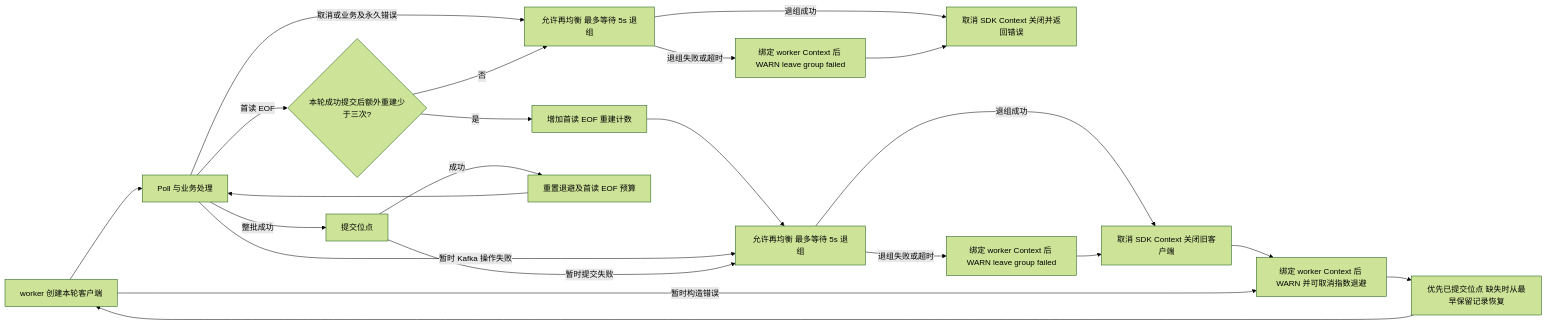
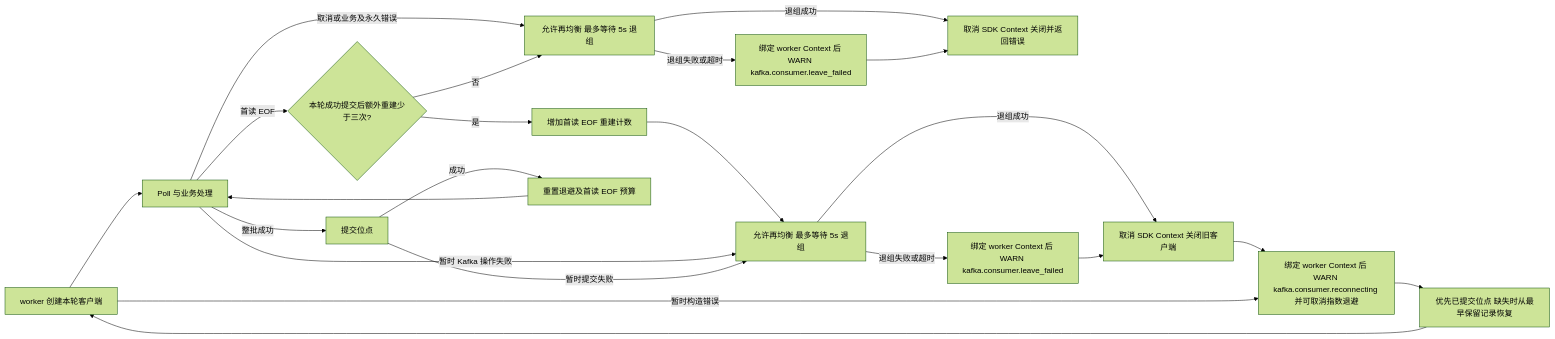
The fifth of 6 diagrams in pkg/kafka/README.md (jaggerzhuang1994/kratos-foundation), drawn with Mermaid (forest theme) before and after one commit. The commit also changed other lines of this file and 204 other files, not shown here.

````diff
--- a/pkg/kafka/README.md
+++ b/pkg/kafka/README.md
@@ -293,24 +299,24 @@
 ```mermaid
 flowchart LR
     A[worker 创建本轮客户端] --> B[Poll 与业务处理]
     B -- 整批成功 --> C[提交位点]
     B -- 取消或业务及永久错误 --> D[允许再均衡 最多等待 5s 退组]
-    D -- 退组失败或超时 --> H[绑定 worker Context 后 WARN leave group failed]
+    D -- 退组失败或超时 --> H[绑定 worker Context 后 WARN kafka.consumer.leave_failed]
     D -- 退组成功 --> I[取消 SDK Context 关闭并返回错误]
     H --> I
     B -- 首读 EOF --> V{本轮成功提交后额外重建少于三次?}
     V -- 是 --> W[增加首读 EOF 重建计数]
     W --> E
     V -- 否 --> D
     C -- 成功 --> X[重置退避及首读 EOF 预算]
     X --> B
     B -- 暂时 Kafka 操作失败 --> E[允许再均衡 最多等待 5s 退组]
     C -- 暂时提交失败 --> E
-    E -- 退组失败或超时 --> J[绑定 worker Context 后 WARN leave group failed]
+    E -- 退组失败或超时 --> J[绑定 worker Context 后 WARN kafka.consumer.leave_failed]
     E -- 退组成功 --> K[取消 SDK Context 关闭旧客户端]
     J --> K
-    K --> F[绑定 worker Context 后 WARN 并可取消指数退避]
+    K --> F[绑定 worker Context 后 WARN kafka.consumer.reconnecting 并可取消指数退避]
     F --> G[优先已提交位点 缺失时从最早保留记录恢复]
     G --> A
     A -- 暂时构造错误 --> F
 ```
````
